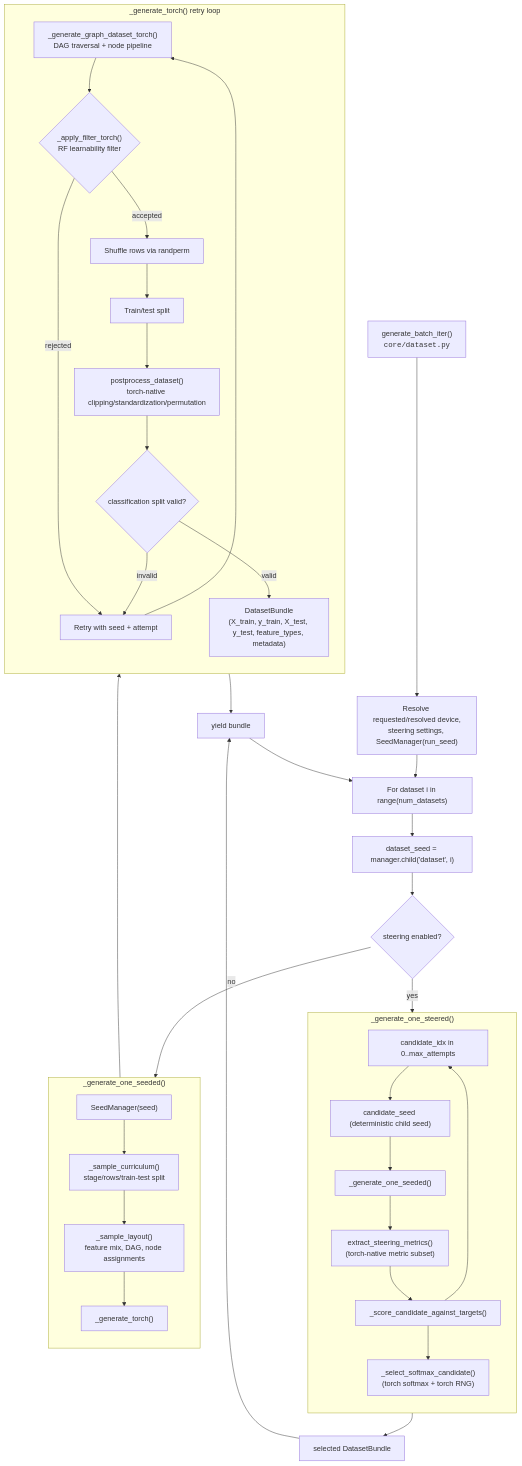
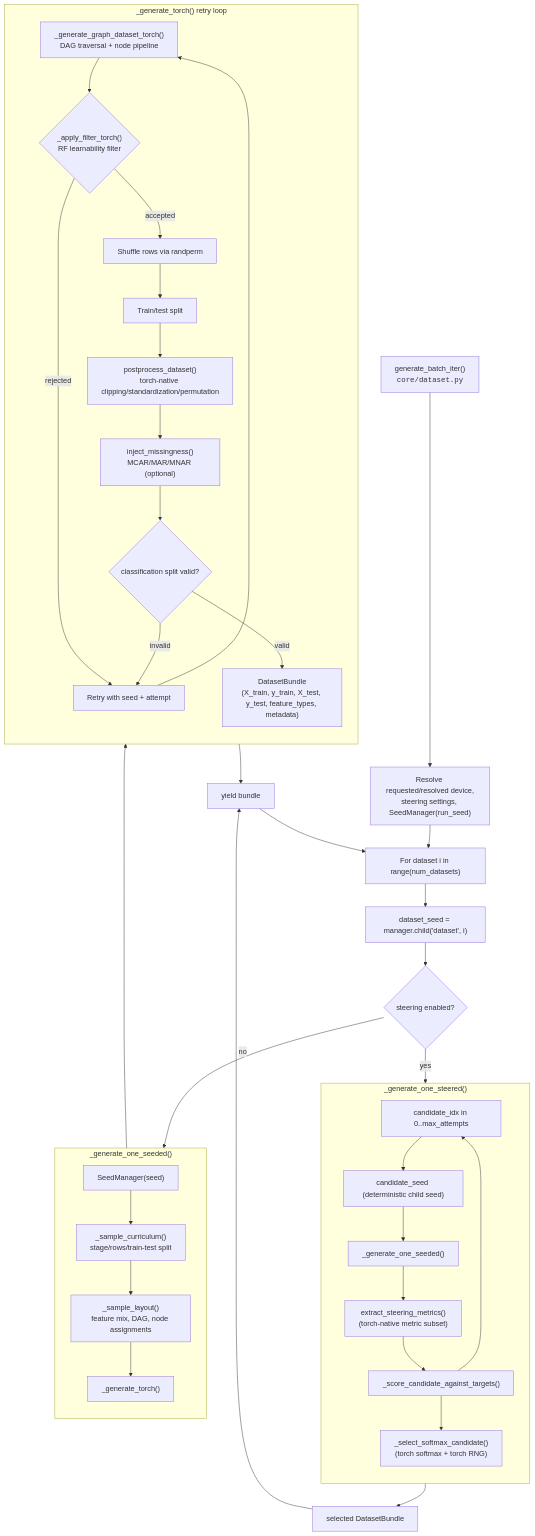
One commit to bensonlee5/dagzoo changed the second of 4 diagrams in docs/architecture.md. Above: the diagram before and after it, drawn with Mermaid. The commit also changed other lines of this file and 7 other files, not shown here.

````diff
--- a/docs/architecture.md
+++ b/docs/architecture.md
@@ -77,56 +80,57 @@
 ```mermaid
 flowchart TB
     Entry["generate_batch_iter()<br/><code>core/dataset.py</code>"]
     Entry --> Resolve["Resolve requested/resolved device,<br/>steering settings, SeedManager(run_seed)"]
     Resolve --> Loop["For dataset i in range(num_datasets)"]
     Loop --> Seed["dataset_seed = manager.child('dataset', i)"]
 
     Seed --> SteerCheck{"steering enabled?"}
     SteerCheck -- no --> OneSeeded
     SteerCheck -- yes --> Steered
 
     subgraph Steered["_generate_one_steered()"]
         direction TB
         CandLoop["candidate_idx in 0..max_attempts"]
         CandSeed["candidate_seed (deterministic child seed)"]
         CandGen["_generate_one_seeded()"]
         CandMetrics["extract_steering_metrics()<br/>(torch-native metric subset)"]
         CandScore["_score_candidate_against_targets()"]
         CandSelect["_select_softmax_candidate()<br/>(torch softmax + torch RNG)"]
         CandLoop --> CandSeed --> CandGen --> CandMetrics --> CandScore
         CandScore --> CandLoop
         CandScore --> CandSelect
     end
 
     subgraph OneSeeded["_generate_one_seeded()"]
         direction TB
         SM["SeedManager(seed)"]
         Curric["_sample_curriculum()<br/>stage/rows/train-test split"]
         Layout["_sample_layout()<br/>feature mix, DAG, node assignments"]
         TorchGen["_generate_torch()"]
         SM --> Curric --> Layout --> TorchGen
     end
 
     subgraph TorchRetry["_generate_torch() retry loop"]
         direction TB
         GraphGen["_generate_graph_dataset_torch()<br/>DAG traversal + node pipeline"]
         Filter{"_apply_filter_torch()<br/>RF learnability filter"}
         Retry["Retry with seed + attempt"]
         Shuffle["Shuffle rows via randperm"]
         Split["Train/test split"]
         Post["postprocess_dataset()<br/>torch-native clipping/standardization/permutation"]
+        Missing["inject_missingness()<br/>MCAR/MAR/MNAR (optional)"]
         Validate{"classification split valid?"}
         Bundle["DatasetBundle<br/>(X_train, y_train, X_test, y_test, feature_types, metadata)"]
 
         GraphGen --> Filter
         Filter -- rejected --> Retry --> GraphGen
-        Filter -- accepted --> Shuffle --> Split --> Post --> Validate
+        Filter -- accepted --> Shuffle --> Split --> Post --> Missing --> Validate
         Validate -- invalid --> Retry
         Validate -- valid --> Bundle
     end
 
     OneSeeded --> TorchRetry --> Yield["yield bundle"]
     Steered --> Selected["selected DatasetBundle"]
     Selected --> Yield
     Yield --> Loop
 ```
````
